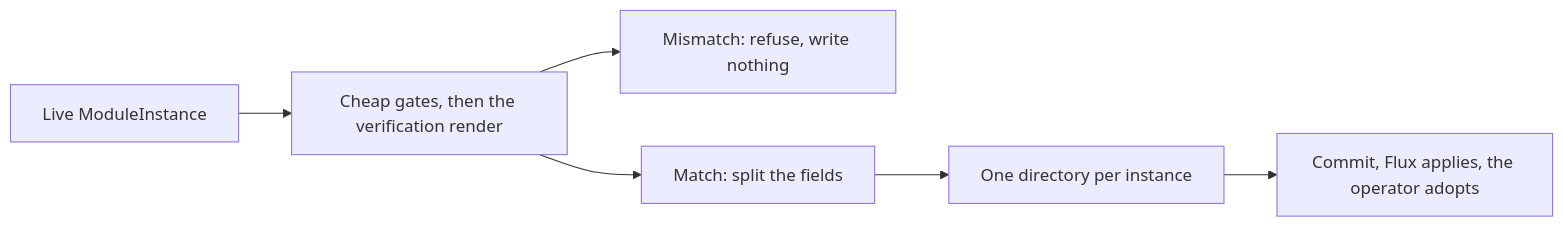
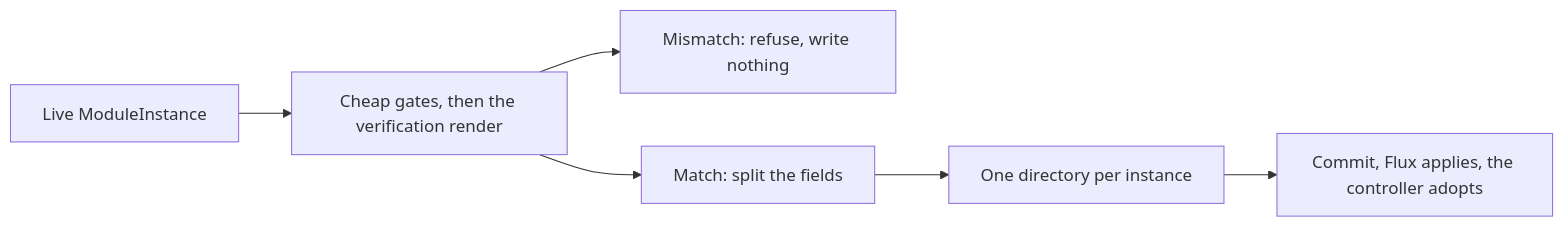
The diagram in openspec/changes/0014-instance-gitops-export/design.md (open-platform-model/enhancements), drawn with Mermaid before and after one commit. The commit also changed other lines of this file and 219 other files, not shown here.

First line of the commit message:
refactor: rename opm-operator to opm-controller in the live entries (#113)

````diff
--- a/openspec/changes/0014-instance-gitops-export/design.md
+++ b/openspec/changes/0014-instance-gitops-export/design.md
@@ -5,8 +5,8 @@
 ```mermaid
 flowchart LR
     cr["Live ModuleInstance"] --> gates["Cheap gates, then the verification render"]
     gates --> refuse["Mismatch: refuse, write nothing"]
     gates --> split["Match: split the fields"]
     split --> dir["One directory per instance"]
-    dir --> flux["Commit, Flux applies, the operator adopts"]
+    dir --> flux["Commit, Flux applies, the controller adopts"]
 ```
````
